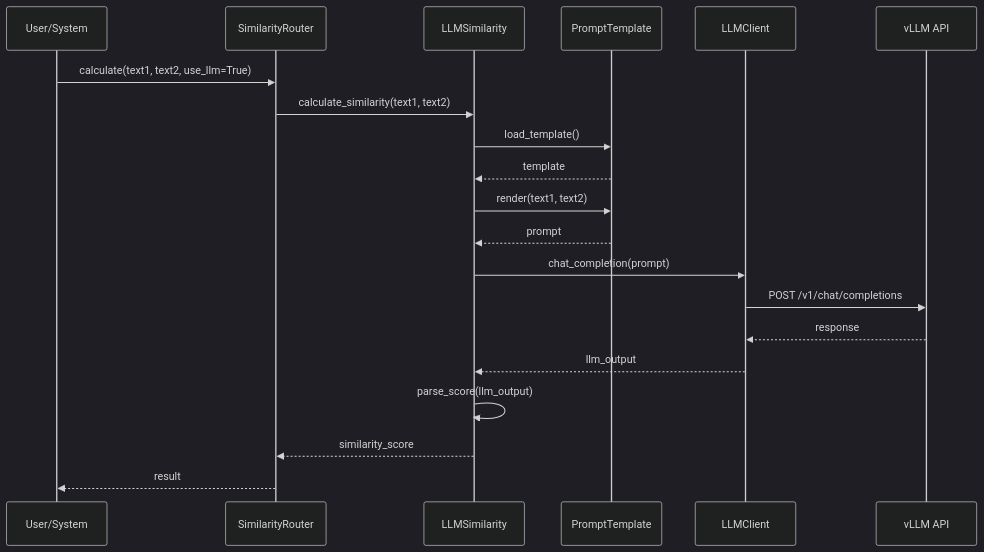
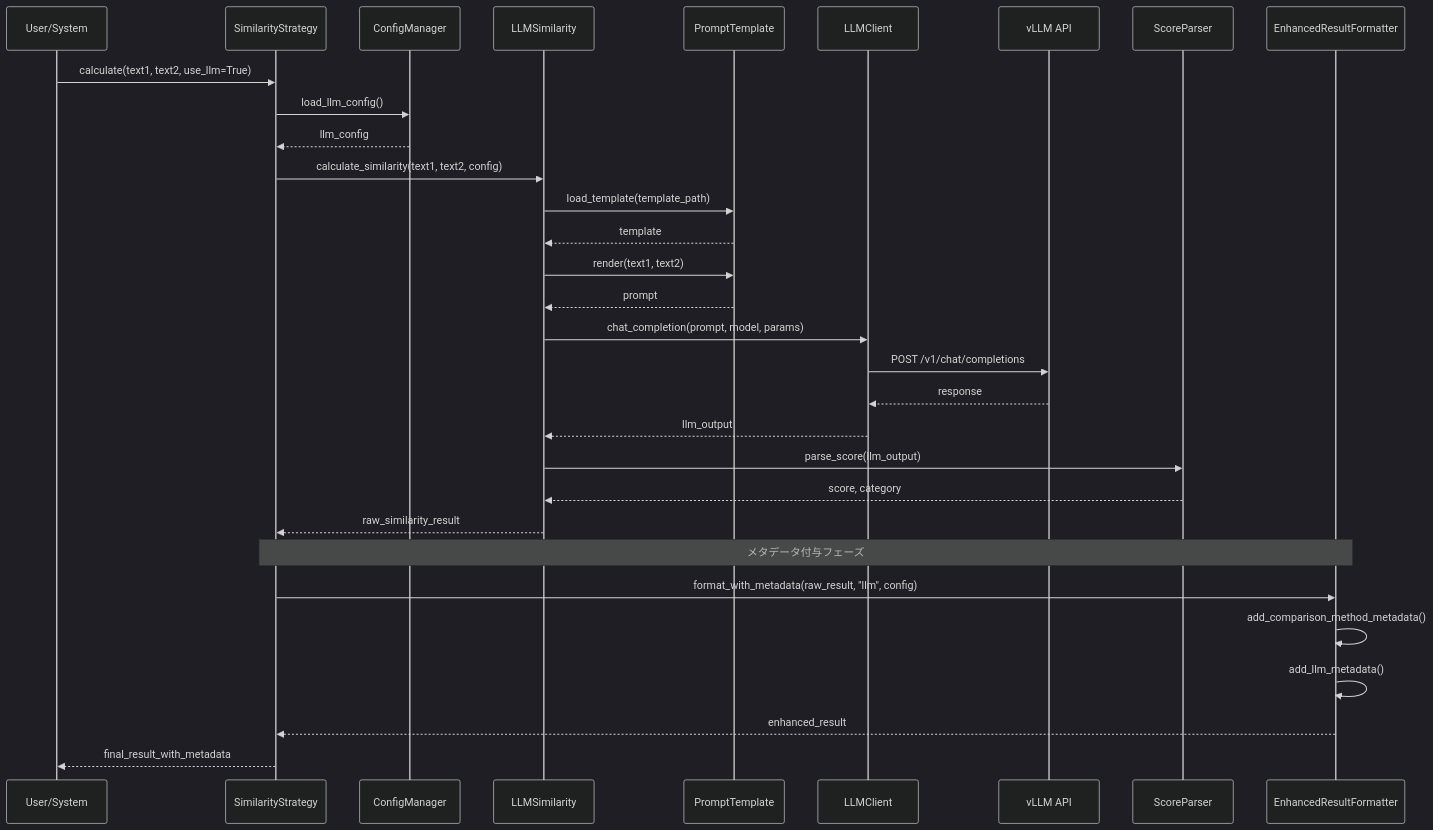
One commit to kabayan/json_compare changed the second of 3 diagrams in .kiro/specs/llm-similarity-vllm/design.md. Above: the diagram before and after it, drawn with Mermaid (dark theme). The commit also changed other lines of this file and 9 other files, not shown here.

````diff
--- a/.kiro/specs/llm-similarity-vllm/design.md
+++ b/.kiro/specs/llm-similarity-vllm/design.md
@@ -89,23 +115,39 @@
 ```mermaid
 sequenceDiagram
     participant U as User/System
-    participant SR as SimilarityRouter
+    participant SR as SimilarityStrategy
+    participant CM as ConfigManager
     participant LS as LLMSimilarity
     participant PT as PromptTemplate
     participant LC as LLMClient
     participant VLLM as vLLM API
+    participant SP as ScoreParser
+    participant ERF as EnhancedResultFormatter
 
     U->>SR: calculate(text1, text2, use_llm=True)
-    SR->>LS: calculate_similarity(text1, text2)
-    LS->>PT: load_template()
+    SR->>CM: load_llm_config()
+    CM-->>SR: llm_config
+    SR->>LS: calculate_similarity(text1, text2, config)
+
+    LS->>PT: load_template(template_path)
     PT-->>LS: template
     LS->>PT: render(text1, text2)
     PT-->>LS: prompt
-    LS->>LC: chat_completion(prompt)
+
+    LS->>LC: chat_completion(prompt, model, params)
     LC->>VLLM: POST /v1/chat/completions
     VLLM-->>LC: response
     LC-->>LS: llm_output
-    LS->>LS: parse_score(llm_output)
-    LS-->>SR: similarity_score
-    SR-->>U: result
+
+    LS->>SP: parse_score(llm_output)
+    SP-->>LS: score, category
+    LS-->>SR: raw_similarity_result
+
+    Note over SR,ERF: メタデータ付与フェーズ
+    SR->>ERF: format_with_metadata(raw_result, "llm", config)
+    ERF->>ERF: add_comparison_method_metadata()
+    ERF->>ERF: add_llm_metadata()
+    ERF-->>SR: enhanced_result
+
+    SR-->>U: final_result_with_metadata
 ```
````
